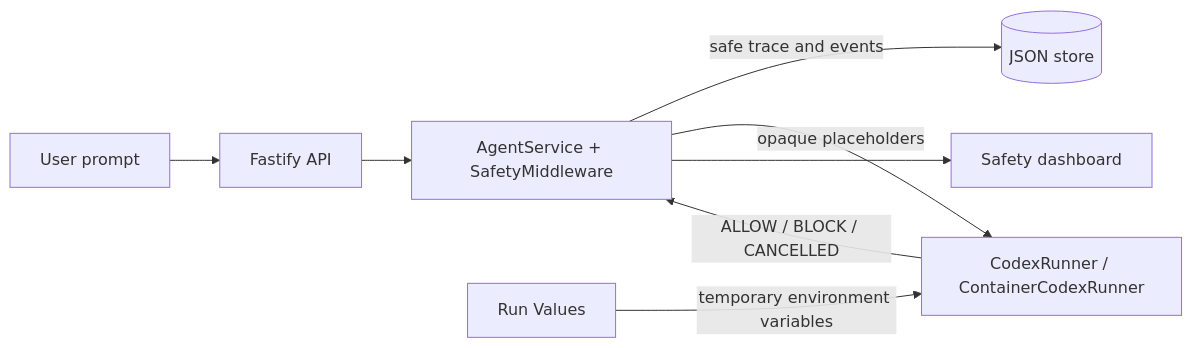
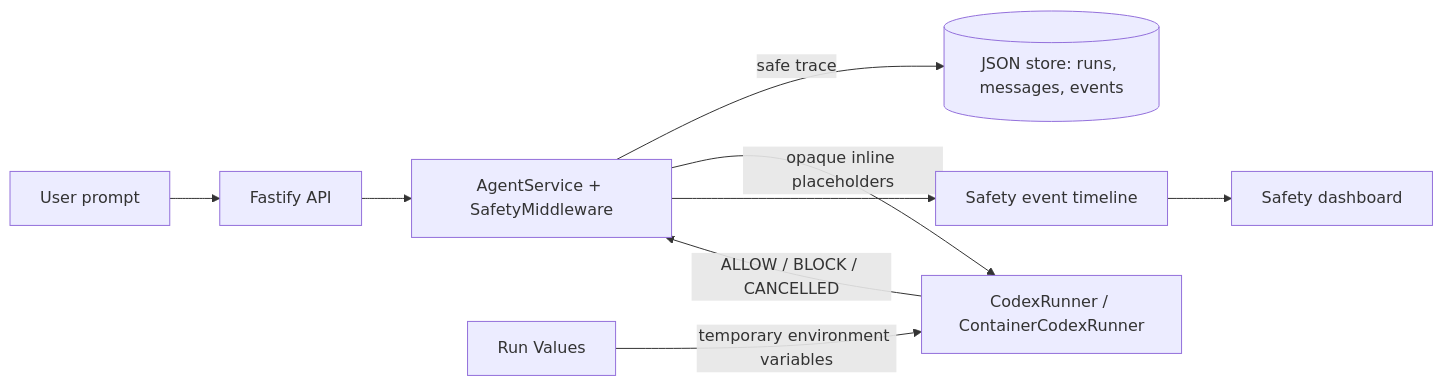
The diagram in README.md (fang407/TeamTree), drawn with Mermaid before and after one commit. The commit also changed other lines of this file, not shown here.

````diff
--- a/README.md
+++ b/README.md
@@ -49,10 +44,11 @@
 ```mermaid
 flowchart LR
-    User[User prompt] --> API[Fastify API]
-    API --> Service[AgentService + SafetyMiddleware]
-    Service -->|safe trace and events| Store[(JSON store)]
-    Service -->|opaque placeholders| Runner[CodexRunner / ContainerCodexRunner]
-    Values[Run Values] -->|temporary environment variables| Runner
-    Runner -->|ALLOW / BLOCK / CANCELLED| Service
-    Service --> Dashboard[Safety dashboard]
+  U[User prompt] --> A[Fastify API]
+  A --> S[AgentService + SafetyMiddleware]
+  S -->|safe trace| D[(JSON store: runs, messages, events)]
+  S -->|opaque inline placeholders| R[CodexRunner / ContainerCodexRunner]
+  V[Run Values] -->|temporary environment variables| R
+  R -->|ALLOW / BLOCK / CANCELLED| S
+  S --> E[Safety event timeline]
+  E --> UI[Safety dashboard]
 ```
````
